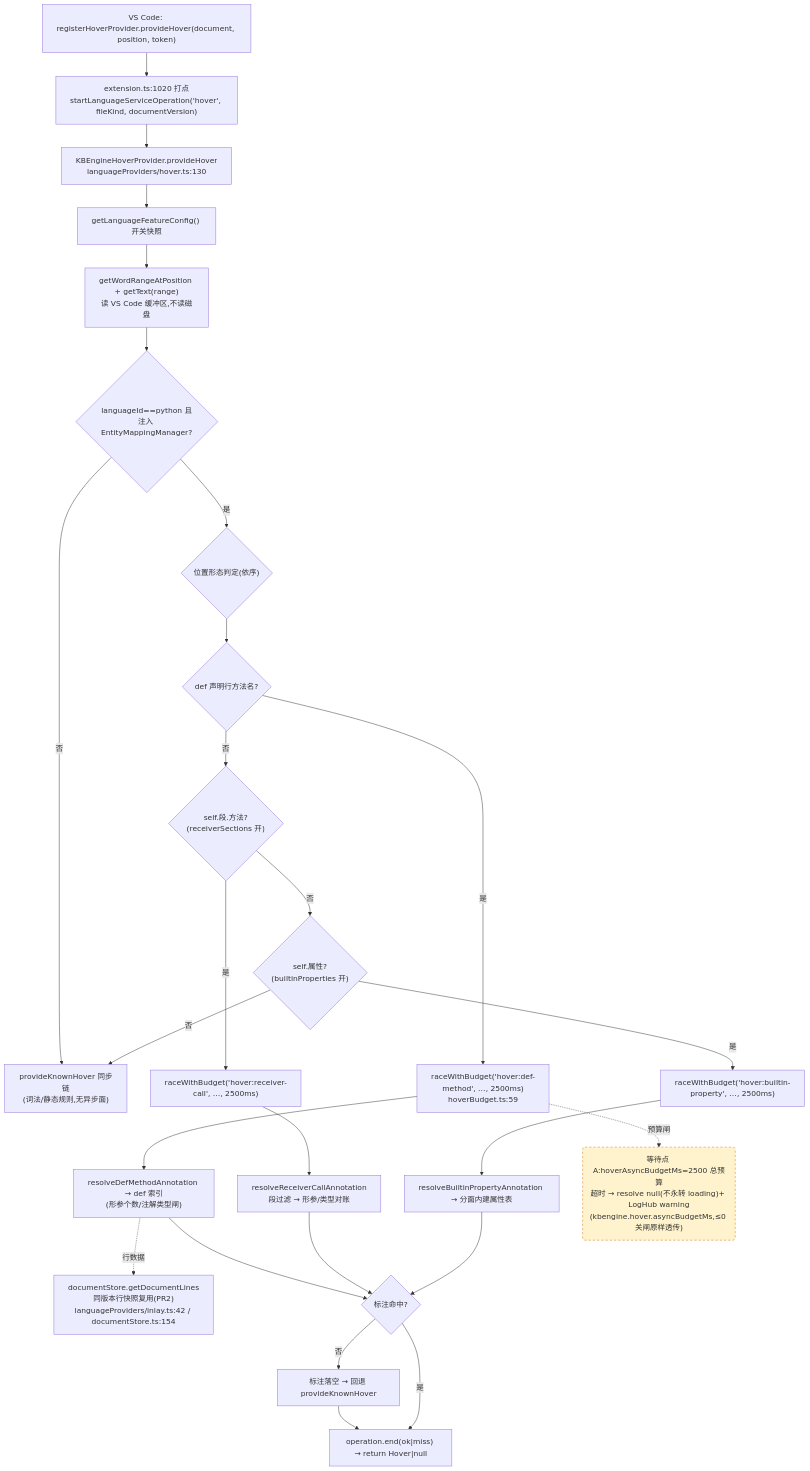
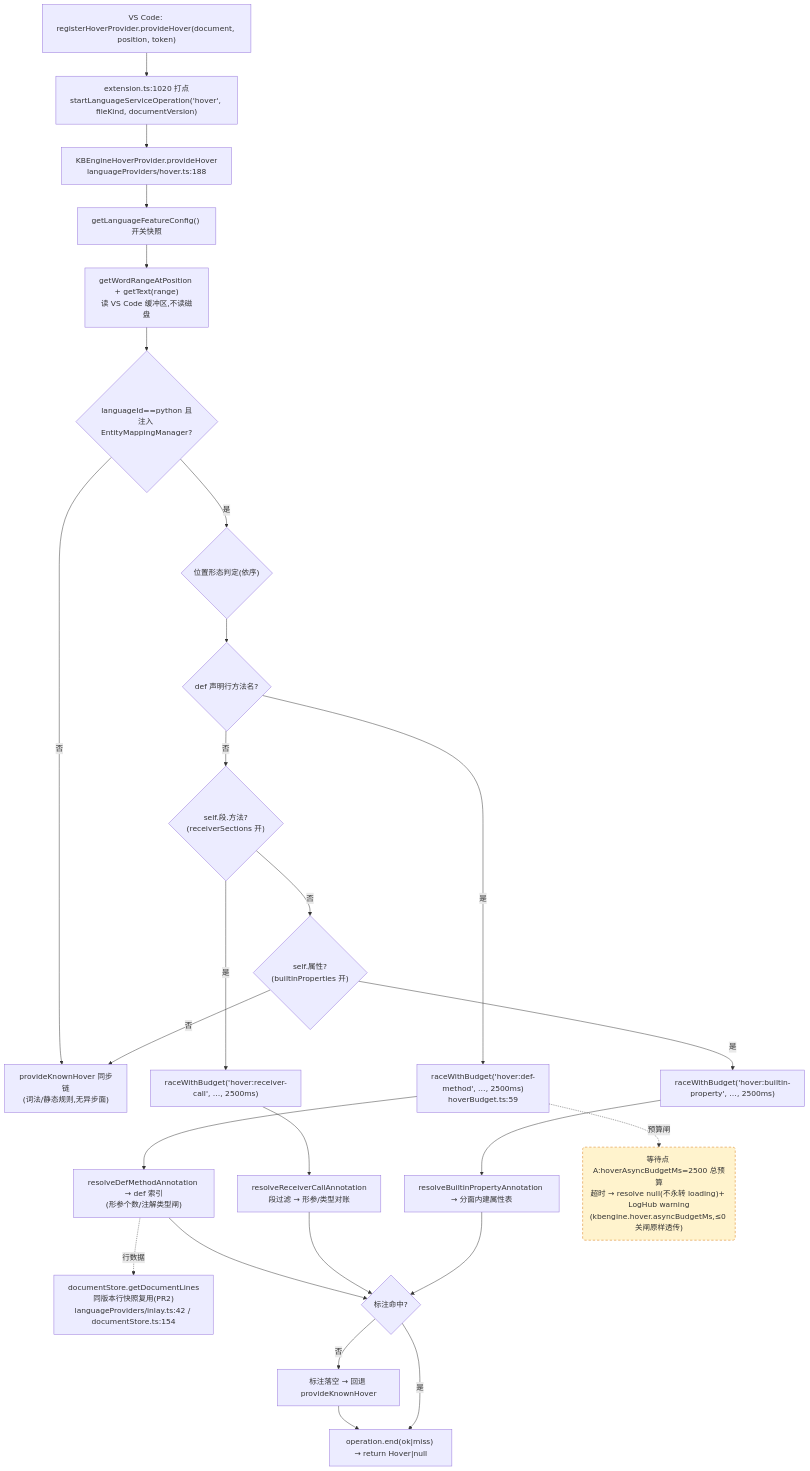
The first of 4 diagrams in docs/perf/2026-baseline.md (cuihairu/kode), drawn with Mermaid before and after one commit. The commit also changed 13 other files, not shown here.

````diff
--- a/docs/perf/2026-baseline.md
+++ b/docs/perf/2026-baseline.md
@@ -82,45 +82,45 @@
 ```mermaid
 flowchart TD
   VC1["VS Code: registerHoverProvider.provideHover(document, position, token)"]
   M1["extension.ts:1020 打点<br/>startLanguageServiceOperation('hover', fileKind, documentVersion)"]
-  HP["KBEngineHoverProvider.provideHover<br/>languageProviders/hover.ts:130"]
+  HP["KBEngineHoverProvider.provideHover<br/>languageProviders/hover.ts:188"]
   CFG["getLanguageFeatureConfig() 开关快照"]
   WORD["getWordRangeAtPosition + getText(range)<br/>读 VS Code 缓冲区,不读磁盘"]
   BR{"languageId==python 且<br/>注入 EntityMappingManager?"}
   KN["provideKnownHover 同步链<br/>(词法/静态规则,无异步面)"]
   POS{"位置形态判定(依序)"}
   D1{"def 声明行方法名?"}
   D2{"self.段.方法?<br/>(receiverSections 开)"}
   D3{"self.属性?<br/>(builtinProperties 开)"}
   RA1["raceWithBudget('hover:def-method', …, 2500ms)<br/>hoverBudget.ts:59"]
   RA2["raceWithBudget('hover:receiver-call', …, 2500ms)"]
   RA3["raceWithBudget('hover:builtin-property', …, 2500ms)"]
   RS1["resolveDefMethodAnnotation → def 索引<br/>(形参个数/注解类型闸)"]
   RS2["resolveReceiverCallAnnotation<br/>段过滤 → 形参/类型对账"]
   RS3["resolveBuiltinPropertyAnnotation → 分面内建属性表"]
   LINES["documentStore.getDocumentLines<br/>同版本行快照复用(PR2)<br/>languageProviders/inlay.ts:42 / documentStore.ts:154"]
   MISS["标注落空 → 回退 provideKnownHover"]
   END1["operation.end(ok|miss) → return Hover|null"]
 
   VC1 --> M1 --> HP --> CFG --> WORD --> BR
   BR -- "否" --> KN
   BR -- "是" --> POS --> D1
   D1 -- "是" --> RA1 --> RS1
   D1 -- "否" --> D2
   D2 -- "是" --> RA2 --> RS2
   D2 -- "否" --> D3
   D3 -- "是" --> RA3 --> RS3
   D3 -- "否" --> KN
   RS1 --> HIT{"标注命中?"}
   RS2 --> HIT
   RS3 --> HIT
   RS1 -.->|行数据| LINES
   HIT -- "否" --> MISS --> END1
   HIT -- "是" --> END1
 
   WAITA("等待点 A:hoverAsyncBudgetMs=2500 总预算<br/>超时 → resolve null(不永转 loading)+ LogHub warning<br/>(kbengine.hover.asyncBudgetMs,≤0 关闸原样透传)")
   RA1 -.->|预算闸| WAITA
 
   classDef waitPoint fill:#fff3cd,stroke:#d97706,stroke-dasharray:5 4;
   class WAITA waitPoint;
 ```
````
